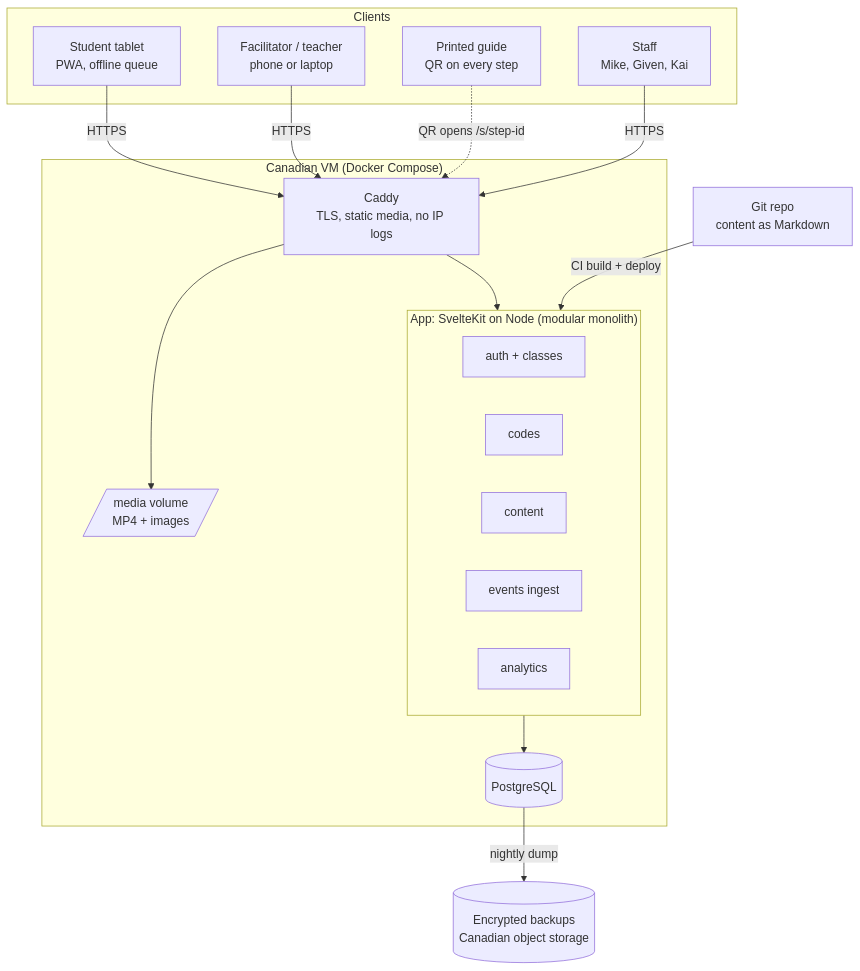
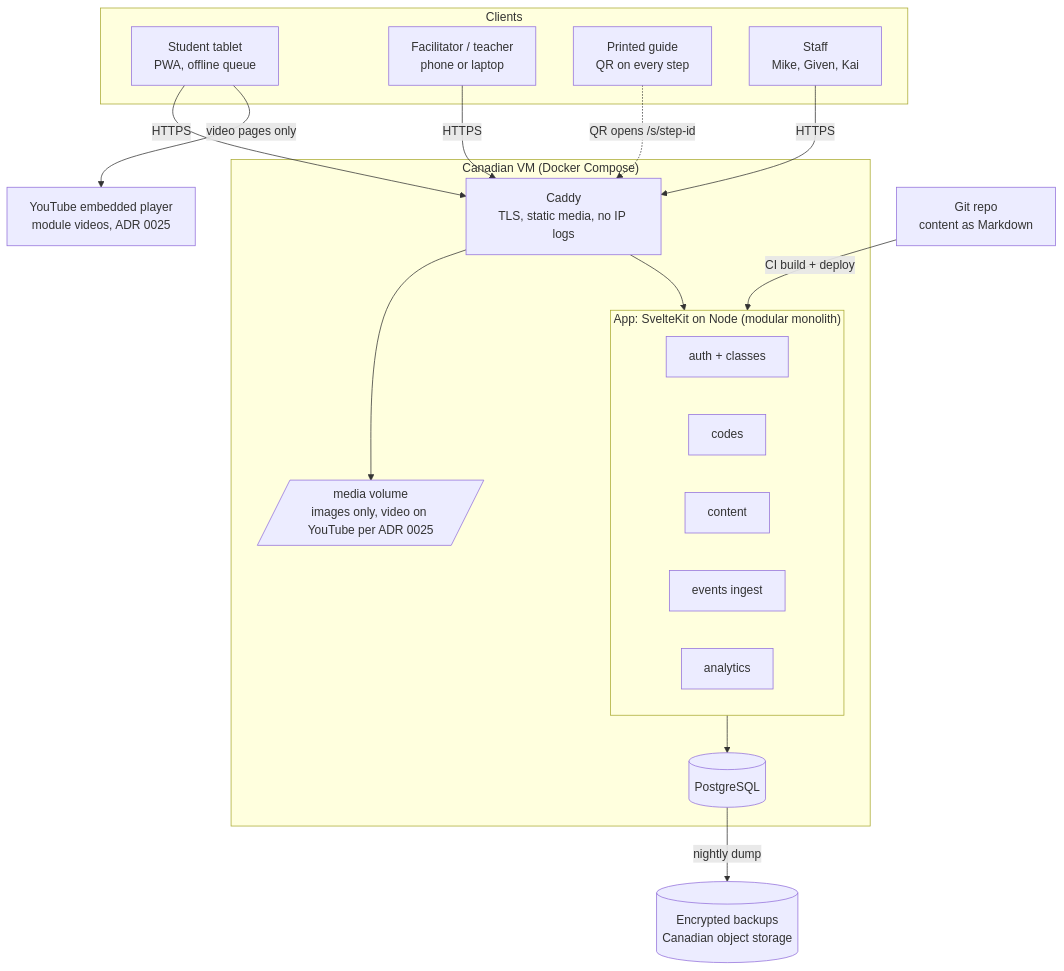
The diagram in docs/handoff/ARCHITECTURE.md (Mikro219/jade-learning-platform), drawn with Mermaid before and after one commit. The commit also changed other lines of this file and 1 other file, not shown here.

First line of the commit message:
docs: correct ARCHITECTURE.md in place for ADR 0025 (jade-d48)

````diff
--- a/docs/handoff/ARCHITECTURE.md
+++ b/docs/handoff/ARCHITECTURE.md
@@ -23,35 +25,38 @@
 ```mermaid
 flowchart TB
   subgraph Clients
     S[Student tablet<br/>PWA, offline queue]
     A[Facilitator / teacher<br/>phone or laptop]
     P[Printed guide<br/>QR on every step]
     T[Staff<br/>Mike, Given, Kai]
   end
 
   subgraph VM["Canadian VM (Docker Compose)"]
     C[Caddy<br/>TLS, static media, no IP logs]
     subgraph APP["App: SvelteKit on Node (modular monolith)"]
       AU[auth + classes]
       CO[codes]
       CT[content]
       EV[events ingest]
       AN[analytics]
     end
     DB[(PostgreSQL)]
-    M[/media volume<br/>MP4 + images/]
+    M[/media volume<br/>images only, video on YouTube per ADR 0025/]
   end
+
+  Y[YouTube embedded player<br/>module videos, ADR 0025]
 
   R[Git repo<br/>content as Markdown]
   B[(Encrypted backups<br/>Canadian object storage)]
 
   S -->|HTTPS| C
   A -->|HTTPS| C
   T -->|HTTPS| C
+  S -->|video pages only| Y
   P -.->|QR opens /s/step-id| C
   C --> APP
   C --> M
   APP --> DB
   R -->|CI build + deploy| APP
   DB -->|nightly dump| B
 ```
````
